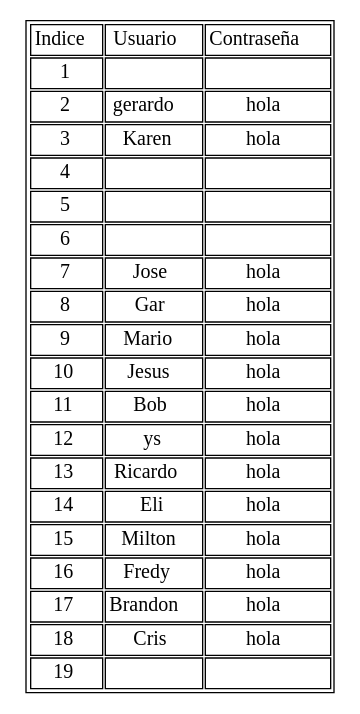
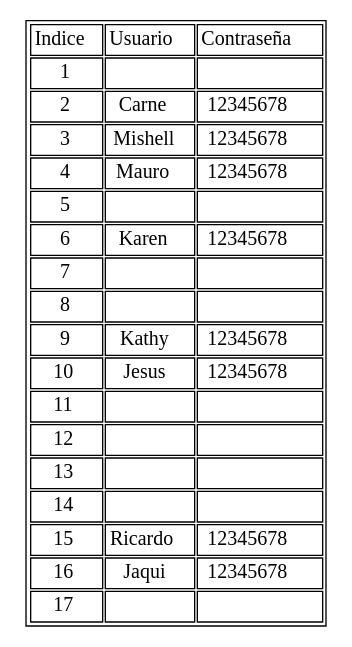
The diagram in HashTable.dot (fraced97/EDD_2S2019_PY2_201700350), drawn with Graphviz before and after one commit. The commit also changed 12 other files, not shown here.

```diff
--- a/HashTable.dot
+++ b/HashTable.dot
@@ -24,10 +24,10 @@
 2
 </TD>
 <TD>
-gerardo
+Carne
 </TD>
 <TD>
-hola
+12345678
 </TD>
 </TR>
 <TR>
@@ -35,10 +35,10 @@
 3
 </TD>
 <TD>
-Karen
+Mishell
 </TD>
 <TD>
-hola
+12345678
 </TD>
 </TR>
 <TR>
@@ -46,10 +46,10 @@
 4
 </TD>
 <TD>
-
+Mauro
 </TD>
 <TD>
-
+12345678
 </TD>
 </TR>
 <TR>
@@ -68,6 +68,17 @@
 6
 </TD>
 <TD>
+Karen
+</TD>
+<TD>
+12345678
+</TD>
+</TR>
+<TR>
+<TD>
+7
+</TD>
+<TD>
 
 </TD>
 <TD>
@@ -76,24 +87,13 @@
 </TR>
 <TR>
 <TD>
-7
-</TD>
-<TD>
-Jose
-</TD>
-<TD>
-hola
-</TD>
-</TR>
-<TR>
-<TD>
 8
 </TD>
 <TD>
-Gar
+
 </TD>
 <TD>
-hola
+
 </TD>
 </TR>
 <TR>
@@ -101,10 +101,10 @@
 9
 </TD>
 <TD>
-Mario
+Kathy
 </TD>
 <TD>
-hola
+12345678
 </TD>
 </TR>
 <TR>
@@ -115,7 +115,7 @@
 Jesus
 </TD>
 <TD>
-hola
+12345678
 </TD>
 </TR>
 <TR>
@@ -123,10 +123,10 @@
 11
 </TD>
 <TD>
-Bob
+
 </TD>
 <TD>
-hola
+
 </TD>
 </TR>
 <TR>
@@ -134,10 +134,10 @@
 12
 </TD>
 <TD>
-ys
+
 </TD>
 <TD>
-hola
+
 </TD>
 </TR>
 <TR>
@@ -145,10 +145,10 @@
 13
 </TD>
 <TD>
-Ricardo
+
 </TD>
 <TD>
-hola
+
 </TD>
 </TR>
 <TR>
@@ -156,10 +156,10 @@
 14
 </TD>
 <TD>
-Eli
+
 </TD>
 <TD>
-hola
+
 </TD>
 </TR>
 <TR>
@@ -167,10 +167,10 @@
 15
 </TD>
 <TD>
-Milton
+Ricardo
 </TD>
 <TD>
-hola
+12345678
 </TD>
 </TR>
 <TR>
@@ -178,37 +178,15 @@
 16
 </TD>
 <TD>
-Fredy
+Jaqui
 </TD>
 <TD>
-hola
+12345678
 </TD>
 </TR>
 <TR>
 <TD>
 17
-</TD>
-<TD>
-Brandon
-</TD>
-<TD>
-hola
-</TD>
-</TR>
-<TR>
-<TD>
-18
-</TD>
-<TD>
-Cris
-</TD>
-<TD>
-hola
-</TD>
-</TR>
-<TR>
-<TD>
-19
 </TD>
 <TD>
 
```
